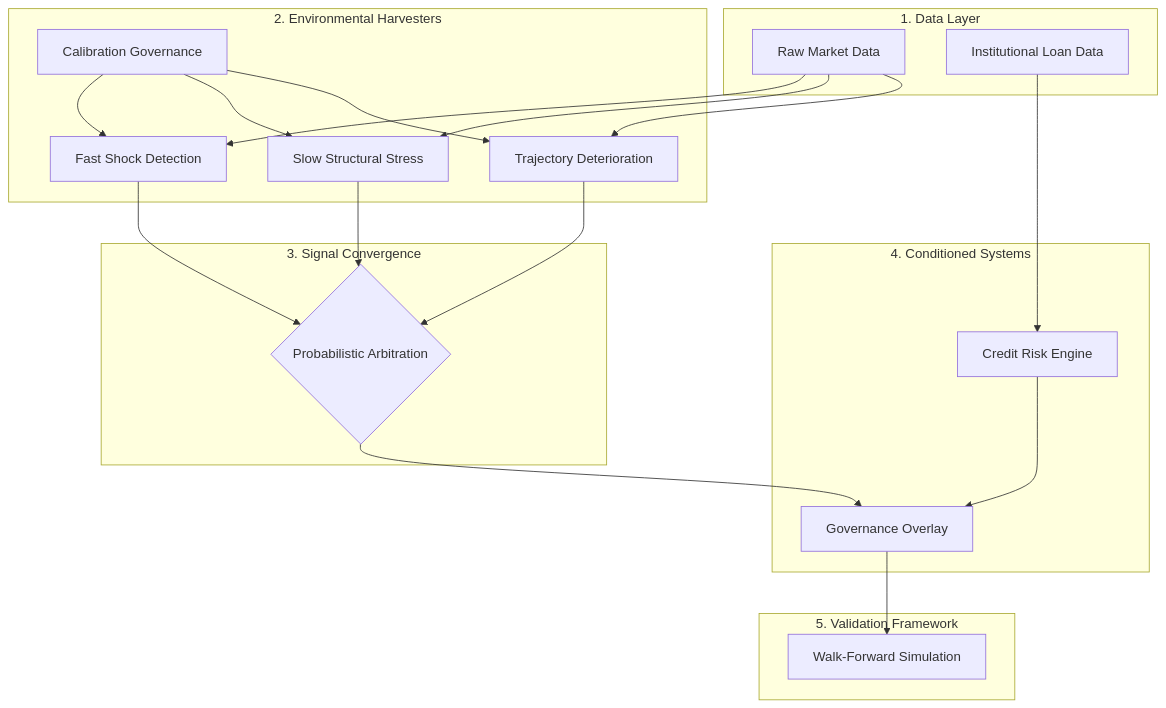
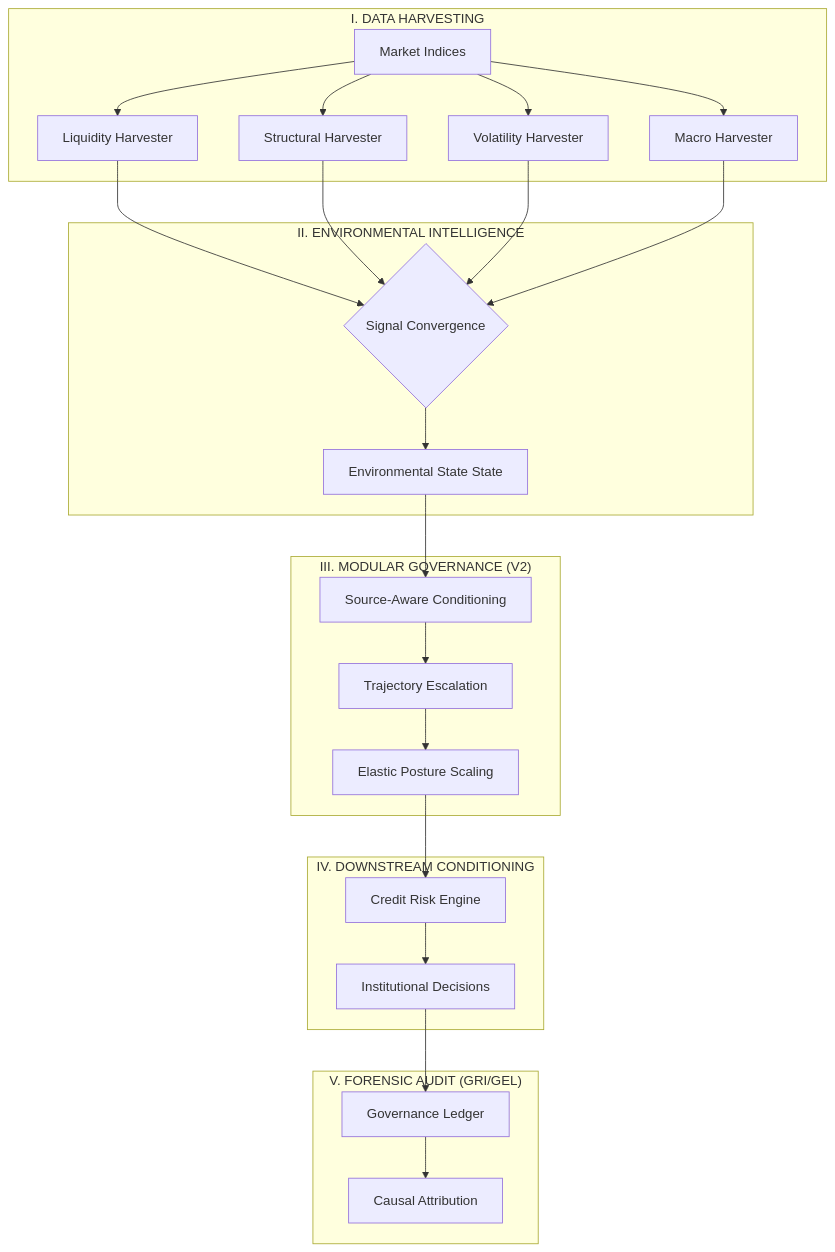
Before and after one commit to sharansh-22/CRIS: the diagram in README.md, drawn with Mermaid. The commit also changed other lines of this file and 89 other files, not shown here.

Commit message:
CRIS V2: Final Institutional Audit & Stability Hardening. Fixed import wiring, OOM memory issues, and orchestration dynamic signal generation. Added Makefile and System Operation Guide.

````diff
--- a/README.md
+++ b/README.md
@@ -20,35 +28,30 @@
 ```mermaid
 graph TD
-    subgraph "1. Data Layer"
-        A[Raw Market Data]
-        B[Institutional Loan Data]
+    subgraph "I. DATA HARVESTING"
+        A[Market Indices] --> H1[Liquidity Harvester]
+        A --> H2[Structural Harvester]
+        A --> H3[Volatility Harvester]
+        A --> H4[Macro Harvester]
     end
 
-    subgraph "2. Environmental Harvesters"
-        C[Fast Shock Detection]
-        D[Slow Structural Stress]
-        E[Trajectory Deterioration]
-        F[Calibration Governance]
+    subgraph "II. ENVIRONMENTAL INTELLIGENCE"
+        H1 & H2 & H3 & H4 --> B{Signal Convergence}
+        B --> C[Environmental State State]
     end
 
-    subgraph "3. Signal Convergence"
-        G{Probabilistic Arbitration}
+    subgraph "III. MODULAR GOVERNANCE (V2)"
+        C --> D[Source-Aware Conditioning]
+        D --> E[Trajectory Escalation]
+        E --> F[Elastic Posture Scaling]
     end
 
-    subgraph "4. Conditioned Systems"
-        H[Credit Risk Engine]
-        I[Governance Overlay]
+    subgraph "IV. DOWNSTREAM CONDITIONING"
+        F --> G[Credit Risk Engine]
+        G --> H[Institutional Decisions]
     end
 
-    subgraph "5. Validation Framework"
-        J[Walk-Forward Simulation]
+    subgraph "V. FORENSIC AUDIT (GRI/GEL)"
+        H --> I[Governance Ledger]
+        I --> J[Causal Attribution]
     end
-
-    A --> C & D & E
-    F --> C & D & E
-    C & D & E --> G
-    G --> I
-    B --> H
-    H --> I
-    I --> J
 ```
````
